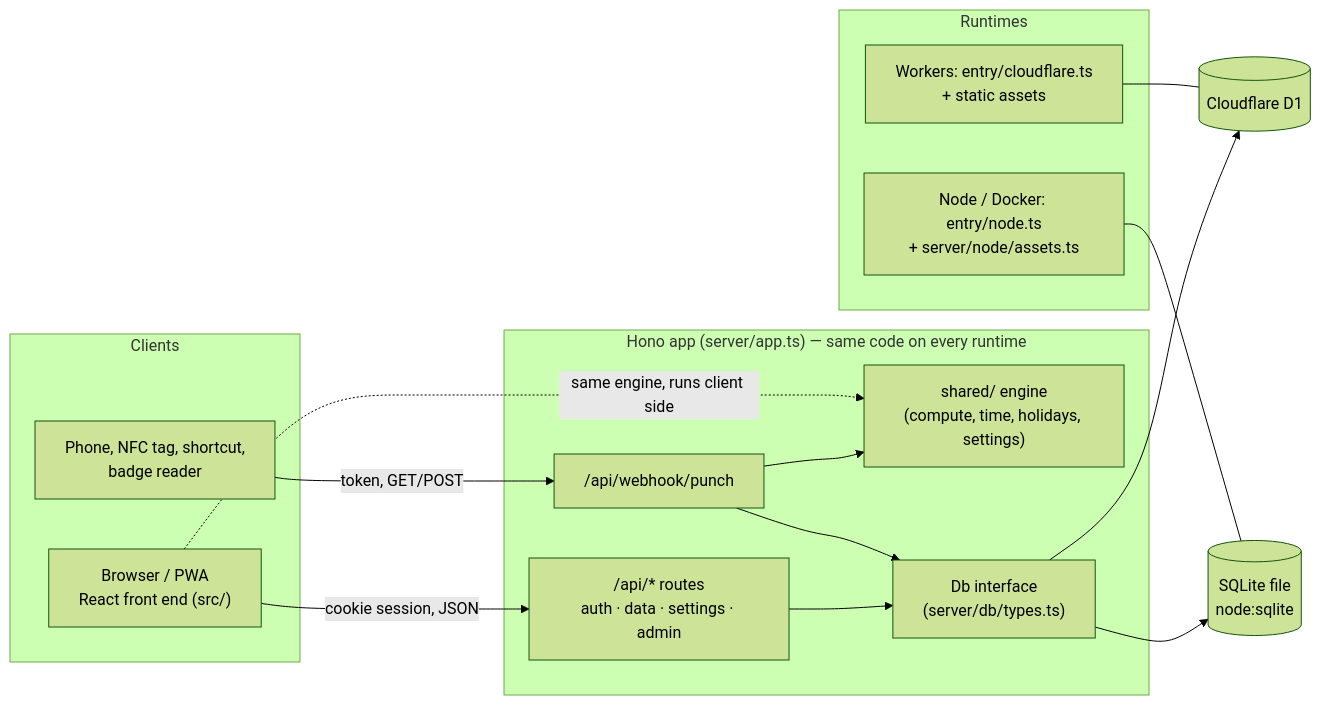
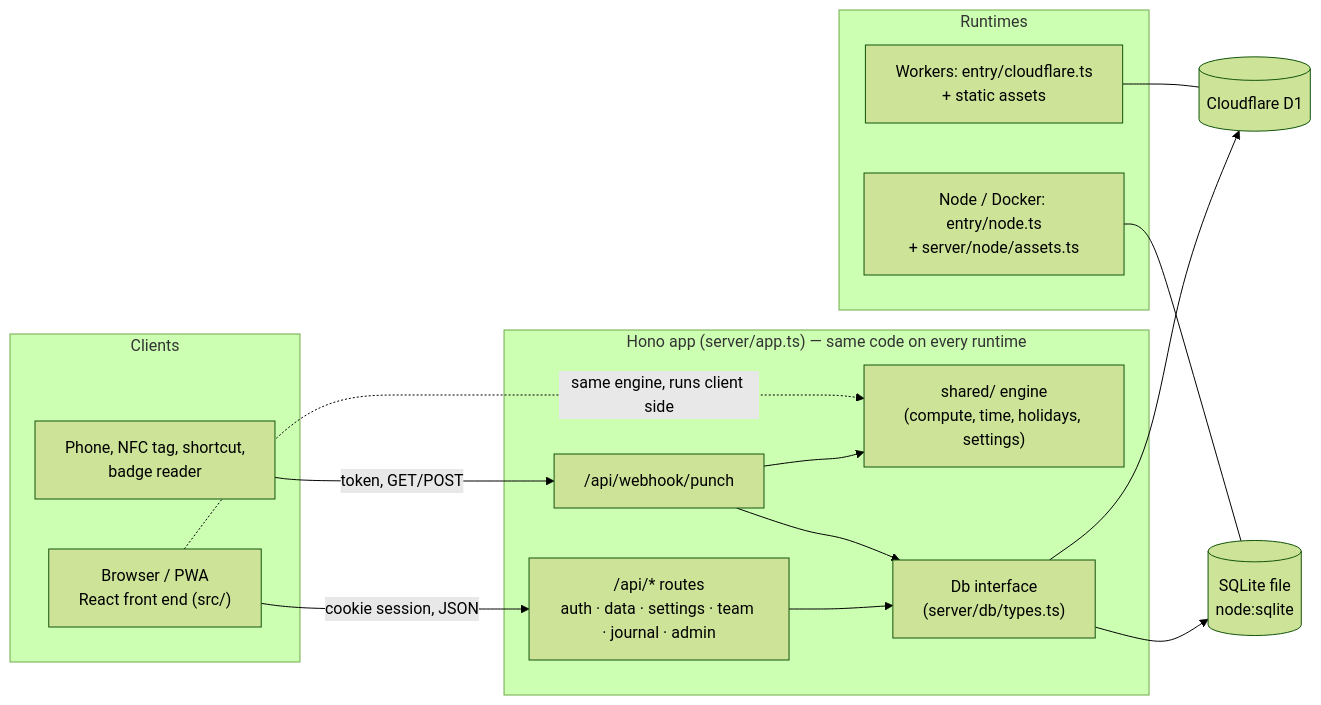
The first of 2 diagrams in docs/architecture.md (doooools/Time-clock-Pointeuse), drawn with Mermaid (forest theme) before and after one commit. The commit also changed other lines of this file and 15 other files, not shown here.

First line of the commit message:
[T21] Document team management: roles, rights, journal, notifications

````diff
--- a/docs/architecture.md
+++ b/docs/architecture.md
@@ -8,31 +8,31 @@
 ```mermaid
 flowchart LR
   subgraph Clients
     UI["Browser / PWA<br/>React front end (src/)"]
     PH["Phone, NFC tag, shortcut,<br/>badge reader"]
   end
 
   subgraph App["Hono app (server/app.ts) — same code on every runtime"]
-    API["/api/* routes<br/>auth · data · settings · admin"]
+    API["/api/* routes<br/>auth · data · settings · team · journal · admin"]
     WH["/api/webhook/punch"]
     ENG["shared/ engine<br/>(compute, time, holidays, settings)"]
     DBI["Db interface<br/>(server/db/types.ts)"]
   end
 
   UI -- "cookie session, JSON" --> API
   PH -- "token, GET/POST" --> WH
   WH --> ENG
   API --> DBI
   WH --> DBI
   UI -. "same engine, runs client side" .-> ENG
 
   DBI --> D1[("Cloudflare D1")]
   DBI --> SQ[("SQLite file<br/>node:sqlite")]
 
   subgraph Runtimes
     CF["Workers: entry/cloudflare.ts<br/>+ static assets"]
     NODE["Node / Docker: entry/node.ts<br/>+ server/node/assets.ts"]
   end
   CF --- D1
   NODE --- SQ
 ```
````
